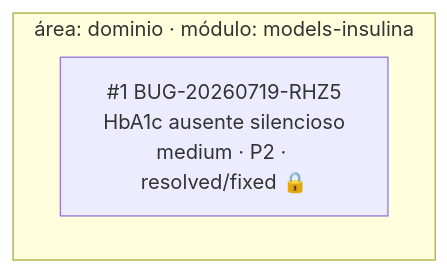
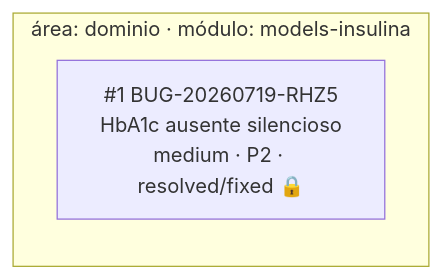
One commit to iago-leal/aps-inteligente changed the diagram in _reversa_bugs/motor-insulina/generated/graph.md. Above: the diagram before and after it, drawn with Mermaid. The commit also changed other lines of this file and 6 other files, not shown here.

````diff
--- a/_reversa_bugs/motor-insulina/generated/graph.md
+++ b/_reversa_bugs/motor-insulina/generated/graph.md
@@ -5,6 +5,6 @@
 ```mermaid
-graph TD
+graph LR
     subgraph dominio["área: dominio · módulo: models-insulina"]
         RHZ5["#1 BUG-20260719-RHZ5<br/>HbA1c ausente silencioso<br/>medium · P2 · resolved/fixed 🔒"]
     end
 ```
````
